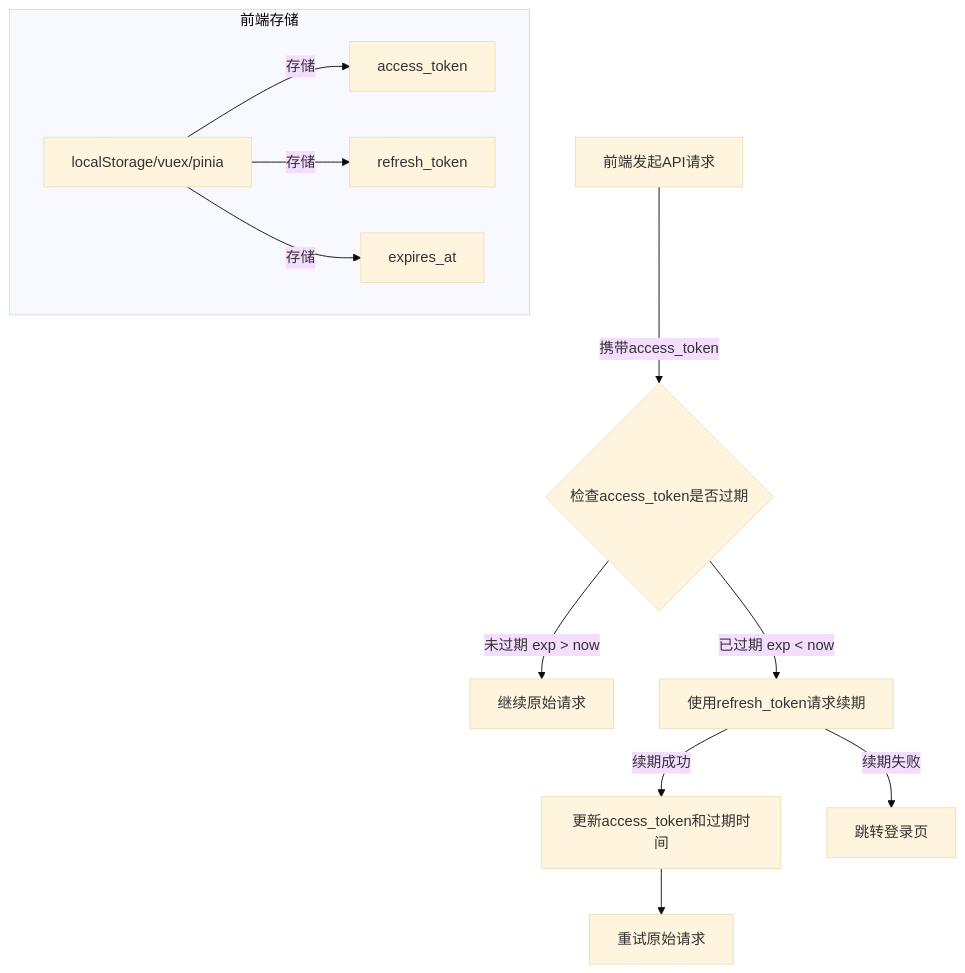
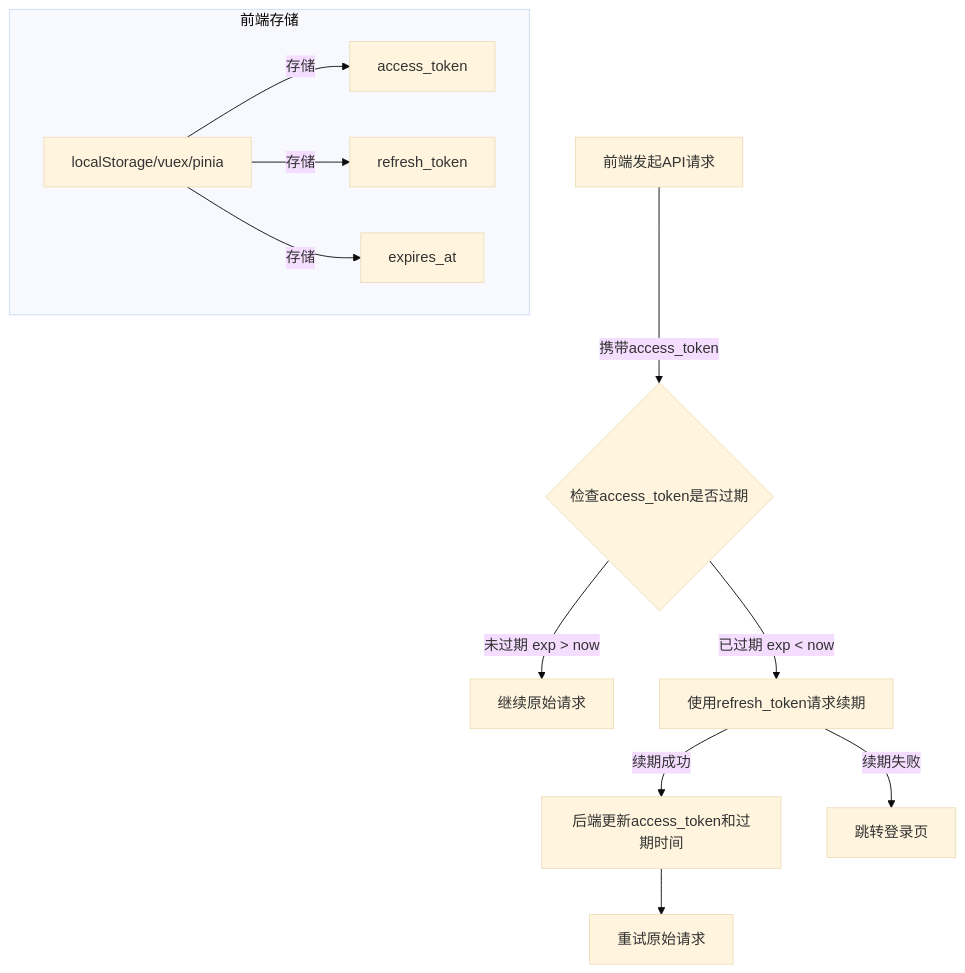
The diagram in all/未命名-16.md (yingjianzh/iodraw-files), drawn with Mermaid (base theme) before and after one commit.

Commit message:
2025-01-08 14:26:44 update

````diff
--- a/all/未命名-16.md
+++ b/all/未命名-16.md
@@ -1,16 +1,16 @@
 ```mermaid
 flowchart TD
     A[前端发起API请求] -->|携带access_token| B{检查access_token是否过期}
     B -->|未过期 exp > now| C[继续原始请求]
     B -->|已过期 exp < now| D[使用refresh_token请求续期]
-    D -->|续期成功| E[更新access_token和过期时间]
+    D -->|续期成功| E[后端更新access_token和过期时间]
     D -->|续期失败| F[跳转登录页]
     E --> G[重试原始请求]
     
     subgraph 前端存储
         H[localStorage/vuex/pinia]
         H -->|存储| I[access_token]
         H -->|存储| J[refresh_token]
         H -->|存储| K[expires_at]
     end
 ```
````
